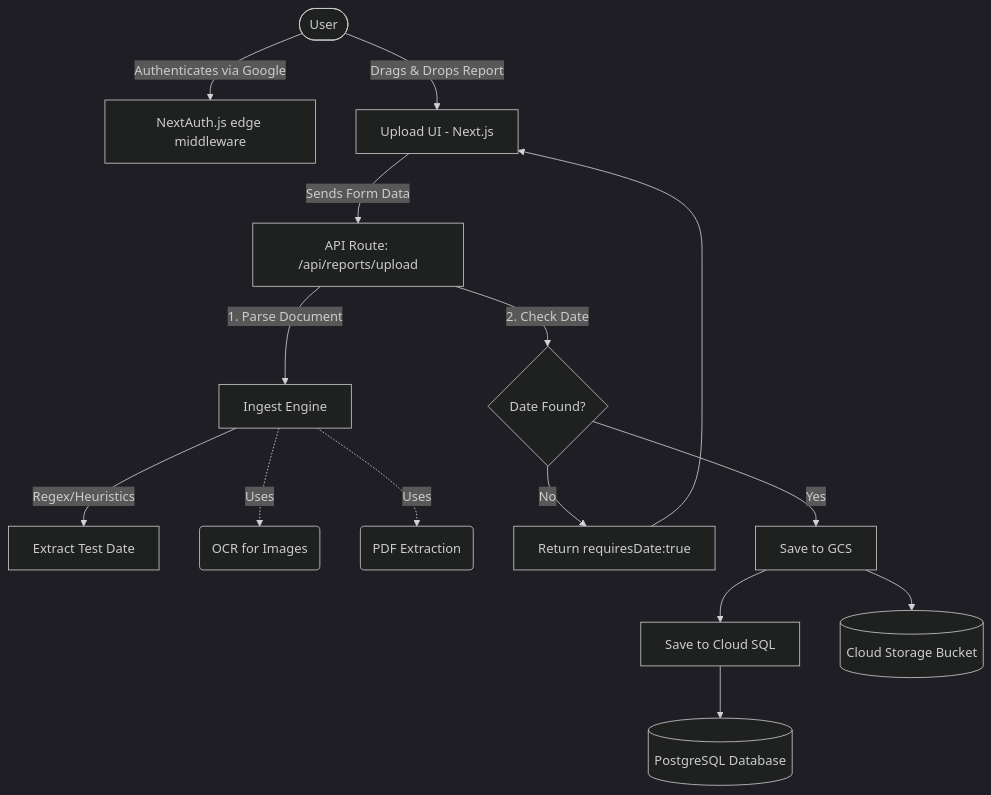
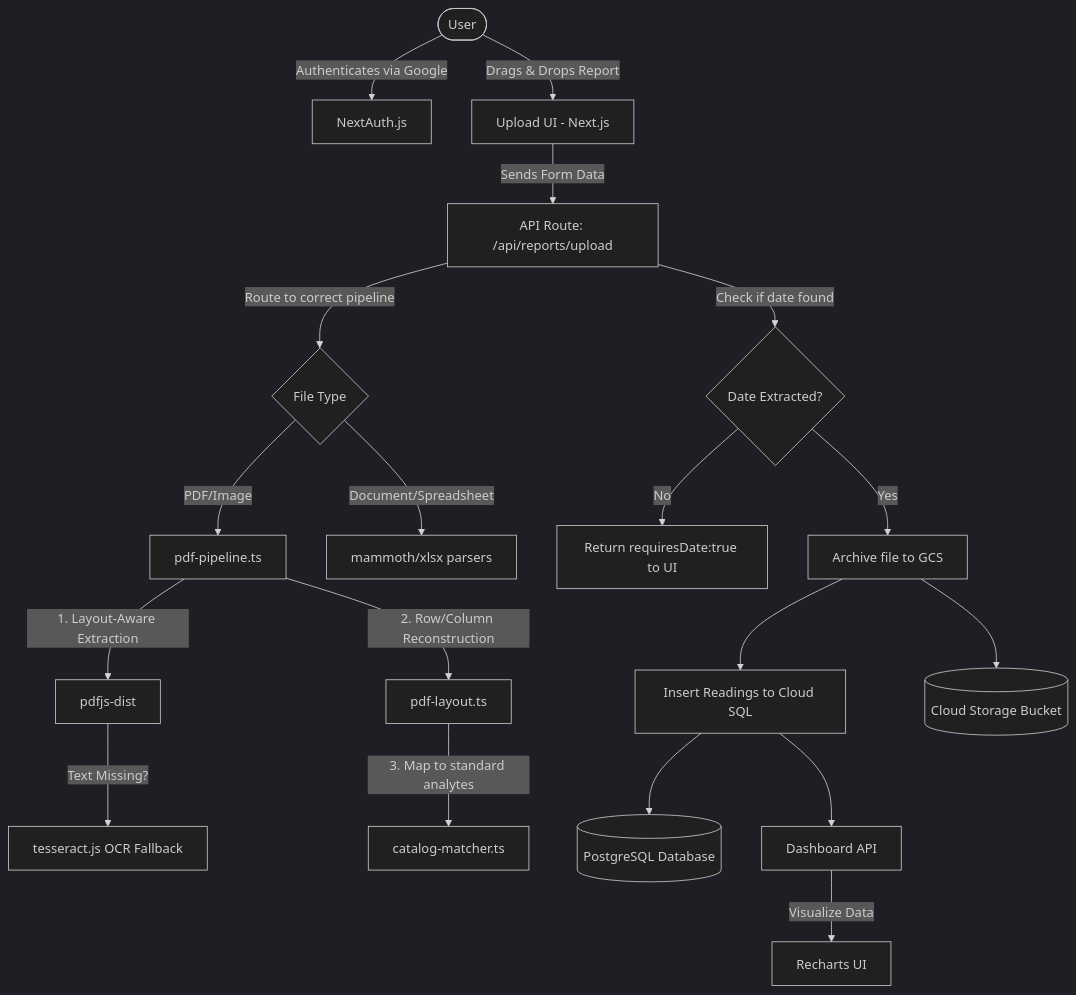
Before and after one commit to tkmu/health-vitals-tracker: the diagram in README.md, drawn with Mermaid (dark theme). The commit also changed other lines of this file, not shown here.

Commit message:
docs: Update README to reflect new layout-aware parsing engine and OCR fallback

````diff
--- a/README.md
+++ b/README.md
@@ -27,22 +29,30 @@
 ```mermaid
 graph TD
-    User([User]) -->|Authenticates via Google| Auth[NextAuth.js edge middleware]
+    User([User]) -->|Authenticates via Google| Auth[NextAuth.js]
     User -->|Drags & Drops Report| UI[Upload UI - Next.js]
     
     UI -->|Sends Form Data| API[API Route: /api/reports/upload]
     
-    API -->|1. Parse Document| Parser[Ingest Engine]
-    Parser -->|Regex/Heuristics| DateExtractor[Extract Test Date]
-    Parser -.->|Uses| Tesseract(OCR for Images)
-    Parser -.->|Uses| PDFParse(PDF Extraction)
+    API -->|Route to correct pipeline| Ingest{File Type}
     
-    API -->|2. Check Date| DateCheck{Date Found?}
-    DateCheck -->|No| Prompt[Return requiresDate:true]
-    Prompt --> UI
+    Ingest -->|PDF/Image| PDFPipeline[pdf-pipeline.ts]
     
-    DateCheck -->|Yes| Storage[Save to GCS]
-    Storage --> DB[Save to Cloud SQL]
+    PDFPipeline -->|1. Layout-Aware Extraction| PDFDist[pdfjs-dist]
+    PDFDist -->|Text Missing?| OCR[tesseract.js OCR Fallback]
     
+    PDFPipeline -->|2. Row/Column Reconstruction| Layout[pdf-layout.ts]
+    Layout -->|3. Map to standard analytes| Catalog[catalog-matcher.ts]
+    
+    Ingest -->|Document/Spreadsheet| Other[mammoth/xlsx parsers]
+    
+    API -->|Check if date found| DateCheck{Date Extracted?}
+    DateCheck -->|No| Prompt[Return requiresDate:true to UI]
+    DateCheck -->|Yes| Storage[Archive file to GCS]
+    
+    Storage --> DB[Insert Readings to Cloud SQL]
     DB --> CloudSQL[(PostgreSQL Database)]
     Storage --> GCS[(Cloud Storage Bucket)]
+    
+    DB --> Dashboard[Dashboard API]
+    Dashboard -->|Visualize Data| Visuals[Recharts UI]
 ```
````
